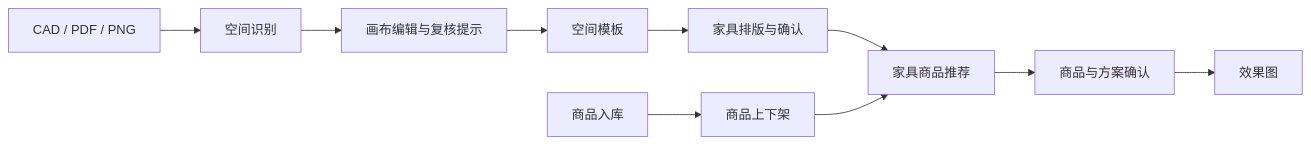
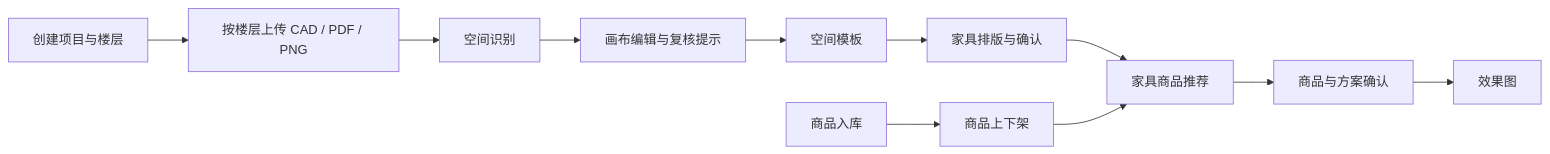
The diagram in docs/product-requirements.md (Chen-Minghuan/rsdp-office), drawn with Mermaid before and after one commit. The commit also changed other lines of this file and 5 other files, not shown here.

````diff
--- a/docs/product-requirements.md
+++ b/docs/product-requirements.md
@@ -17,12 +17,13 @@
 ```mermaid
 flowchart LR
   A[商品入库] --> B[商品上下架]
-  C[CAD / PDF / PNG] --> D[空间识别]
+  P[创建项目与楼层] --> C[按楼层上传 CAD / PDF / PNG]
+  C --> D[空间识别]
   D --> E[画布编辑与复核提示]
   E --> T[空间模板]
   T --> F[家具排版与确认]
   F --> G[家具商品推荐]
   B --> G
   G --> H[商品与方案确认]
   H --> I[效果图]
 ```
````
